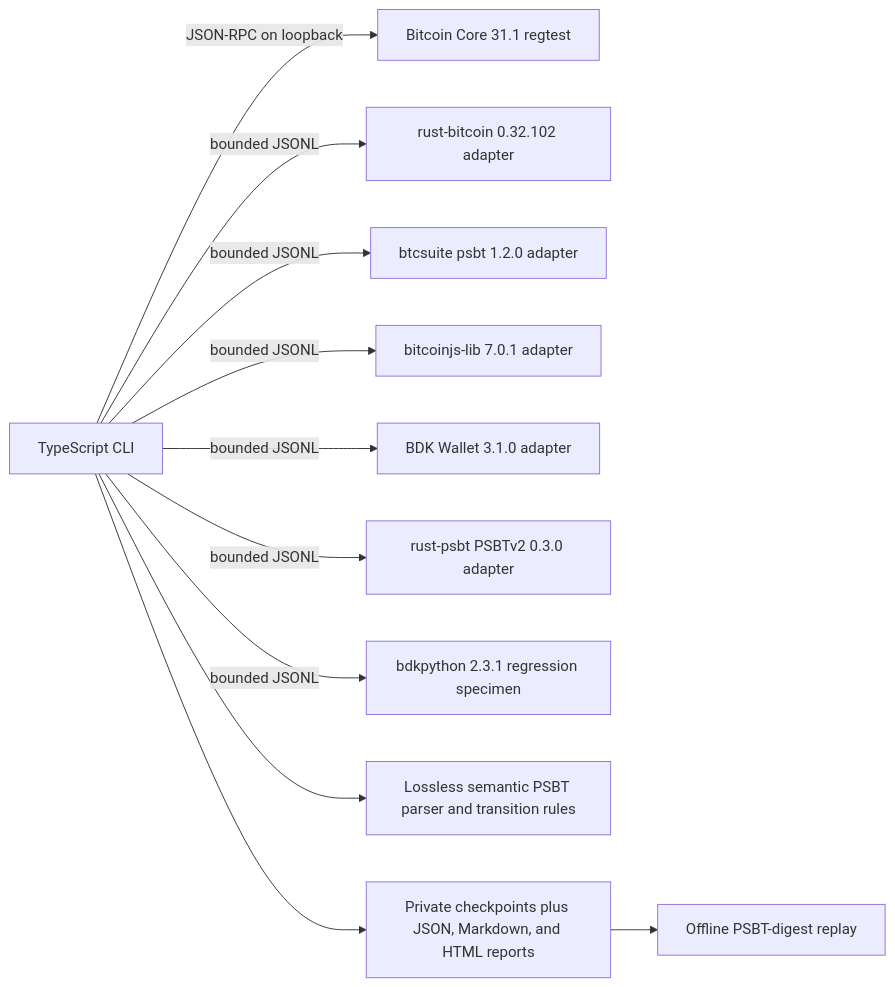
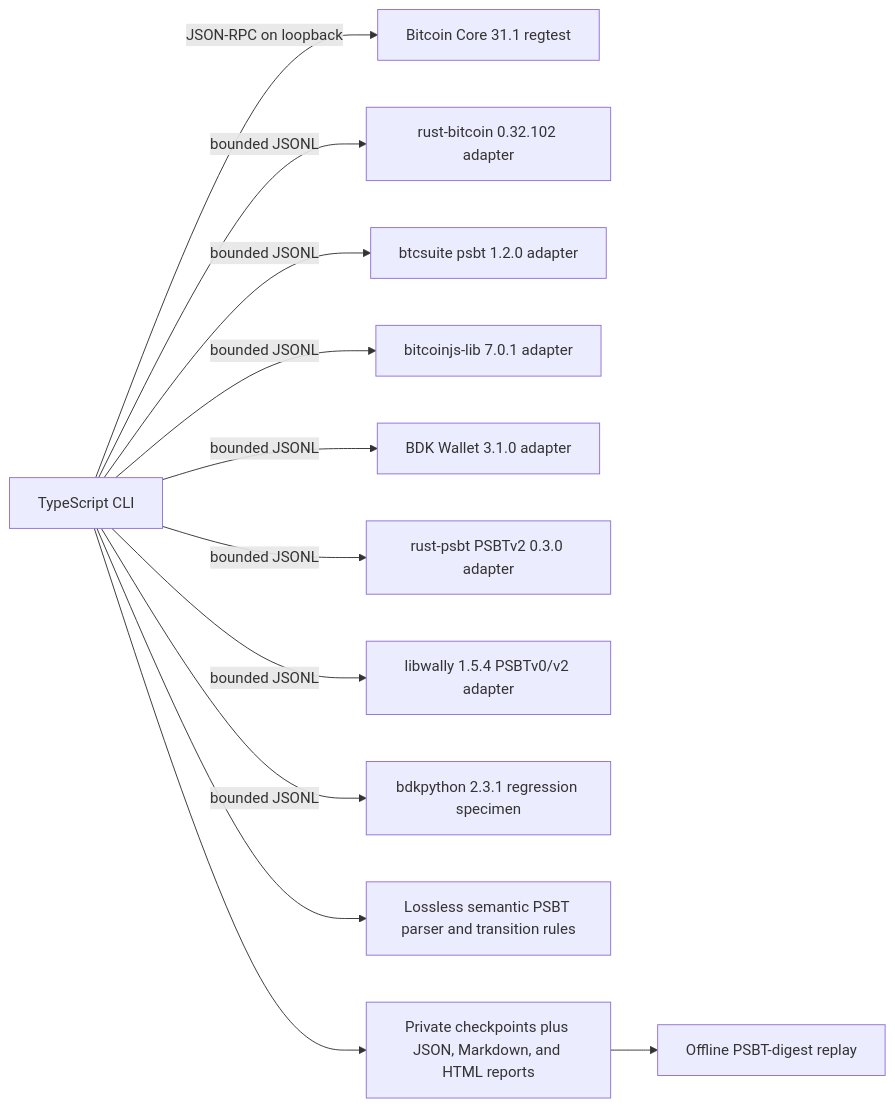
One commit to GautamBytes/psbt-interop-lab changed the diagram in docs/architecture.md. Above: the diagram before and after it, drawn with Mermaid. The commit also changed other lines of this file and 32 other files, not shown here.

````diff
--- a/docs/architecture.md
+++ b/docs/architecture.md
@@ -10,13 +10,14 @@
 ```mermaid
 flowchart LR
   CLI["TypeScript CLI"] -->|"JSON-RPC on loopback"| Core["Bitcoin Core 31.1 regtest"]
   CLI -->|"bounded JSONL"| Rust["rust-bitcoin 0.32.102 adapter"]
   CLI -->|"bounded JSONL"| Go["btcsuite psbt 1.2.0 adapter"]
   CLI -->|"bounded JSONL"| JS["bitcoinjs-lib 7.0.1 adapter"]
   CLI -->|"bounded JSONL"| BDK["BDK Wallet 3.1.0 adapter"]
   CLI -->|"bounded JSONL"| V2["rust-psbt PSBTv2 0.3.0 adapter"]
+  CLI -->|"bounded JSONL"| Wally["libwally 1.5.4 PSBTv0/v2 adapter"]
   CLI -->|"bounded JSONL"| Frozen["bdkpython 2.3.1 regression specimen"]
   CLI --> Facts["Lossless semantic PSBT parser and transition rules"]
   CLI --> Artifacts["Private checkpoints plus JSON, Markdown, and HTML reports"]
   Artifacts --> Replay["Offline PSBT-digest replay"]
 ```
````
